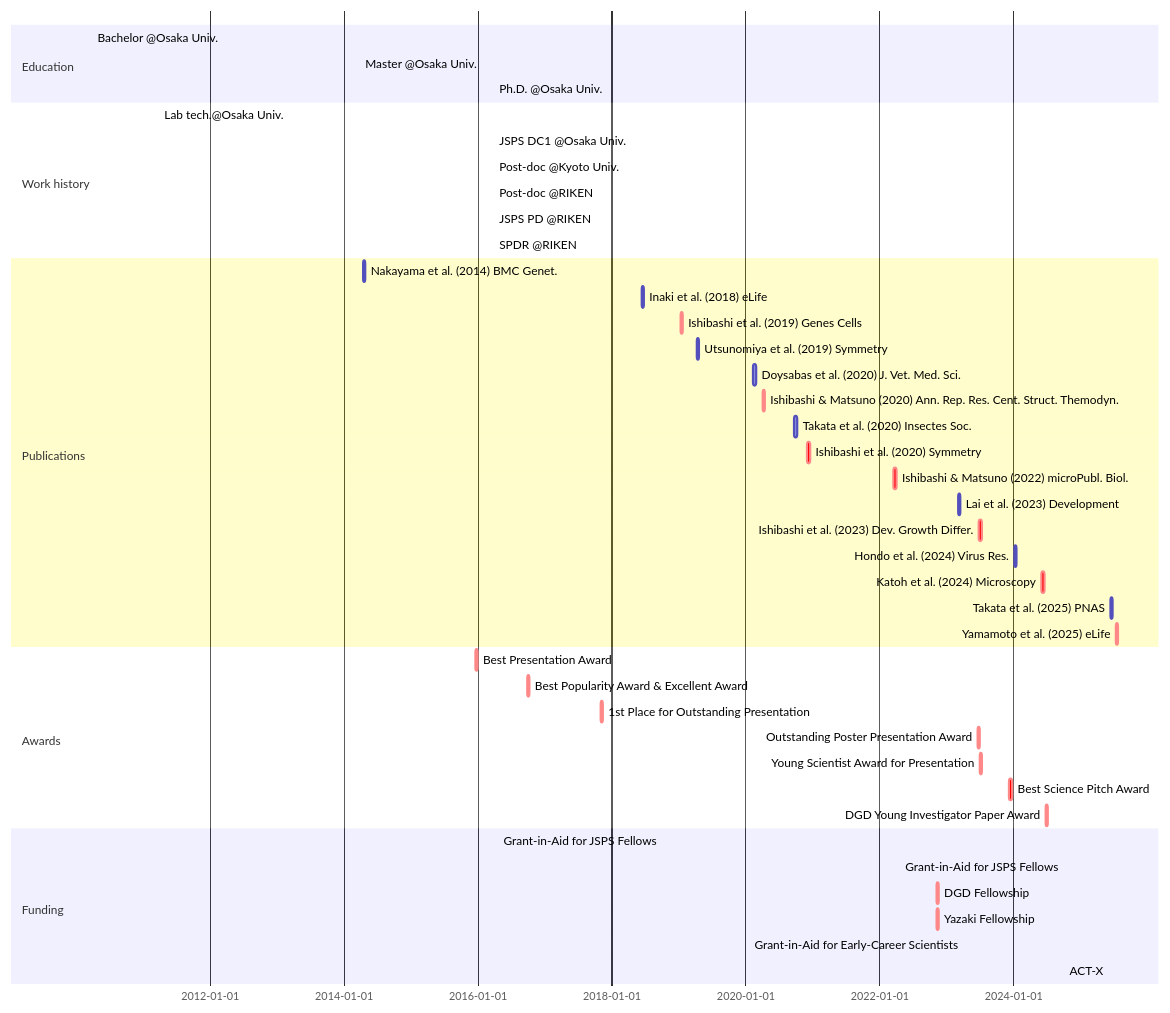
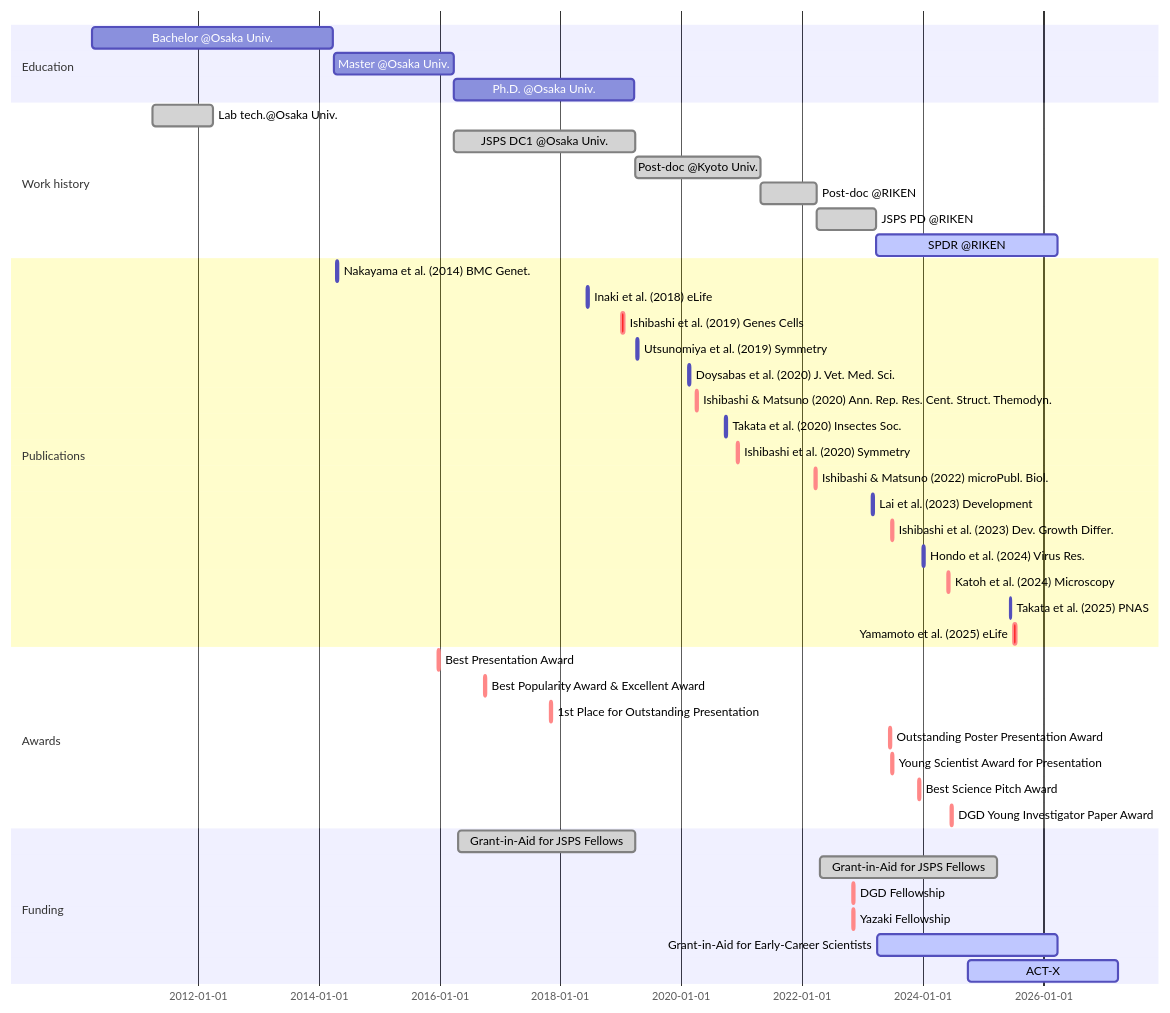
One commit to ishibaki/ishibaki.github.io changed the diagram in _includes/mermaid-cv.md. Above: the diagram before and after it, drawn with Mermaid.

````diff
--- a/_includes/mermaid-cv.md
+++ b/_includes/mermaid-cv.md
@@ -1,47 +1,48 @@
 ```mermaid
 gantt
+dateFormat  YYYY-MM-DD
 section Education
   Bachelor @Osaka Univ. : BS, 2010-04-01, 2014-03-25
   Master @Osaka Univ.   : MS, 2014-04-01, 2016-03-28
   Ph.D. @Osaka Univ.    : Ph.D., 2016-04-01, 2019-03-25
 section Work history
   Lab tech.@Osaka Univ.     : done, OU-tech, 2011-04-01, 2012-03-31
   JSPS DC1 @Osaka Univ.     : done, DC1, 2016-04-01, 2019-03-31
   Post-doc @Kyoto Univ.     : done, KU-postdoc, after DC1, 2021-04-30
   Post-doc @RIKEN           : done, RIKEN-postdoc, after KU-postdoc, 2022-03-31
   JSPS PD @RIKEN            : done, PD, after RIKEN-postdoc, 2023-03-31
   SPDR @RIKEN               : active, SPDR, after PD, 2026-03-31
 section Publications
   Nakayama et al. (2014) BMC Genet.           :       nakayama2014, 2014-04-16, 2w
   Inaki et al. (2018) eLife                   :       inaki2018, 2018-06-12, 2w
   Ishibashi et al. (2019) Genes Cells         : crit, ishibashi2019, 2019-01-09, 2w
   Utsunomiya et al. (2019) Symmetry           :       utsunomiya2019, 2019-04-08, 2w
   Doysabas et al. (2020) J. Vet. Med. Sci.    :       doysabas2020, 2020-02-12, 2w
   Ishibashi & Matsuno (2020) Ann. Rep. Res. Cent. Struct. Themodyn. : crit, ishibashi2020a, 2020-04-01, 2w
   Takata et al. (2020) Insectes Soc.          :       takata2020, 2020-09-22, 2w
   Ishibashi et al. (2020) Symmetry            : crit, ishibashi2020b, 2020-12-02, 2w
   Ishibashi & Matsuno (2022) microPubl. Biol. : crit, ishibashi2022, 2022-03-18, 2w
   Lai et al. (2023) Development               :       lai2023, 2023-03-02, 2w
   Ishibashi et al. (2023) Dev. Growth Differ. : crit, ishibashi2023, 2023-06-25, 2w
   Hondo et al. (2024) Virus Res.              :       hondo2024, 2024-01-02, 2w
   Katoh et al. (2024) Microscopy              : crit, katoh2024, 2024-06-01, 2w
   Takata et al. (2025) PNAS                   :       takata2025,2025-06-13, 1w
   Yamamoto et al. (2025) eLife                : crit, yamamoto2025, 2025-07-08, 2w
 %% Comment
 section Awards
   Best Presentation Award                  : crit, aw_1, 2015-12-20, 2w
   Best Popularity Award & Excellent Award  : crit, aw_2, 2016-09-25, 2w
 %%  Excellent Award                          : crit, aw_3, 2016-09-25, 2w
   1st Place for Outstanding Presentation   : crit, aw_4, 2017-11-01, 2w
   Outstanding Poster Presentation Award    : crit, aw_5, 2023-06-15, 2w
   Young Scientist Award for Presentation   : crit, aw_6, 2023-06-29, 2w
   Best Science Pitch Award                 : crit, aw_7, 2023-12-08, 2w
   DGD Young Investigator Paper Award       : crit, aw_8, 2024-06-21, 2w
 section Funding
   Grant-in-Aid for JSPS Fellows             : done, grant_DC1, 2016-04-22, 2019-03-31
-  Grant-in-Aid for JSPS Fellows             : active, grant_PD, 2022-04-22, 2025-03-31
+  Grant-in-Aid for JSPS Fellows             : done, grant_PD, 2022-04-22, 2025-03-31
   DGD Fellowship                            : crit, dgd_fellowship, 2022-11-04, 2w
   Yazaki Fellowship                         : crit, yazaki_fellowship, 2022-11-04, 2w
   Grant-in-Aid for Early-Career Scientists  : active, grant_ecs2023, 2023-04-01, 2026-03-31
   ACT-X                                     : active, ACT-X2024, 2024-10-01, 2027-03-31
 ```
````
